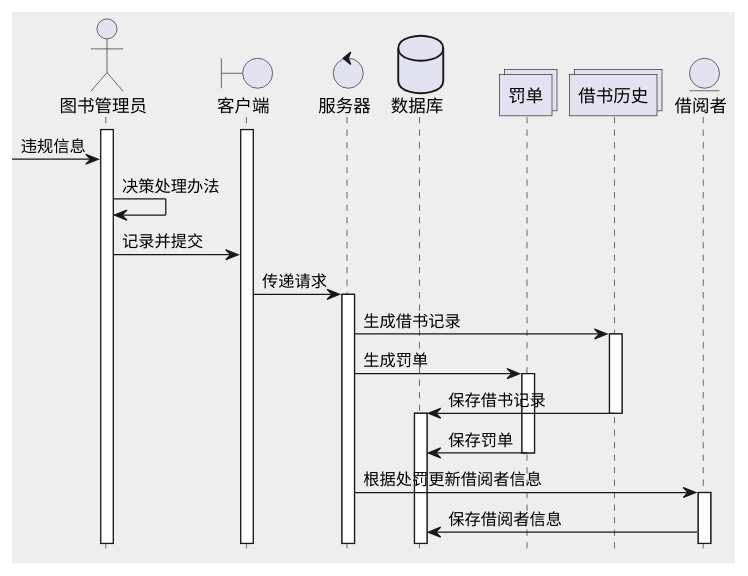
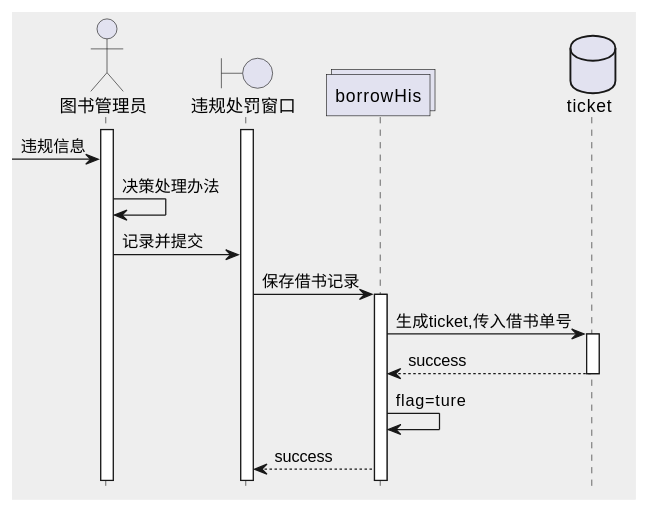
Before and after one commit to 201610414130/is_analysis-4: the sixth of 11 diagrams in test4/uaseCase.pu, drawn with PlantUML. The commit also changed other lines of this file and 13 other files, not shown here.

```diff
--- a/test4/uaseCase.pu
+++ b/test4/uaseCase.pu
@@ -143,30 +115,21 @@
 @startuml 违规处理
 skinparam backgroundColor #eee
 hide footbox
 actor 图书管理员
-boundary 客户端
-control 服务器
-database 数据库
-collections 罚单
-collections 借书历史
-entity 借阅者
+boundary 违规处罚窗口
+collections borrowHis
+database ticket
 activate 图书管理员
-activate 客户端
+activate 违规处罚窗口
 [->图书管理员: 违规信息
 图书管理员->图书管理员: 决策处理办法
-图书管理员->客户端: 记录并提交
-客户端->服务器: 传递请求
-activate 服务器
-服务器->借书历史: 生成借书记录
-activate 借书历史
-服务器->罚单: 生成罚单
-activate 罚单
-借书历史->数据库: 保存借书记录
-deactivate 借书历史
-activate 数据库
-罚单->数据库: 保存罚单
-deactivate 罚单
-服务器->借阅者: 根据处罚更新借阅者信息
-activate 借阅者
-借阅者->数据库: 保存借阅者信息
+图书管理员->违规处罚窗口: 记录并提交
+违规处罚窗口->borrowHis: 保存借书记录
+activate borrowHis
+borrowHis->ticket: 生成ticket,传入借书单号
+activate ticket
+ticket-->borrowHis: success
+deactivate ticket
+borrowHis->borrowHis:flag=ture 
+borrowHis-->违规处罚窗口: success
 @enduml
```
